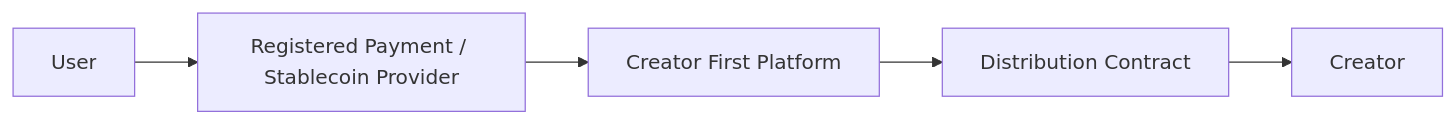
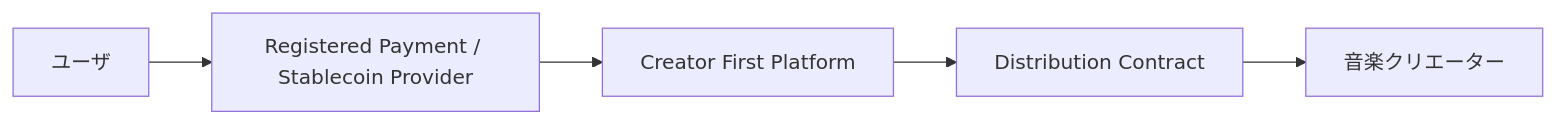
One commit to ShigeichiroYamasaki/creator-first-platform changed diagram 11 of 45 in docs/whitepaper/11-legal-sto-tax.md. Above: the diagram before and after it, drawn with Mermaid. The commit also changed other lines of this file and 67 other files, not shown here.

````diff
--- a/docs/whitepaper/11-legal-sto-tax.md
+++ b/docs/whitepaper/11-legal-sto-tax.md
@@ -318,11 +318,11 @@
 ```mermaid
 flowchart LR
-    USER[User]
+    USER[ユーザ]
     REG[Registered Payment / Stablecoin Provider]
     CFP[Creator First Platform]
     CONTRACT[Distribution Contract]
-    CREATOR[Creator]
+    CREATOR[音楽クリエーター]
 
     USER --> REG --> CFP
     CFP --> CONTRACT --> CREATOR
 ```
````
